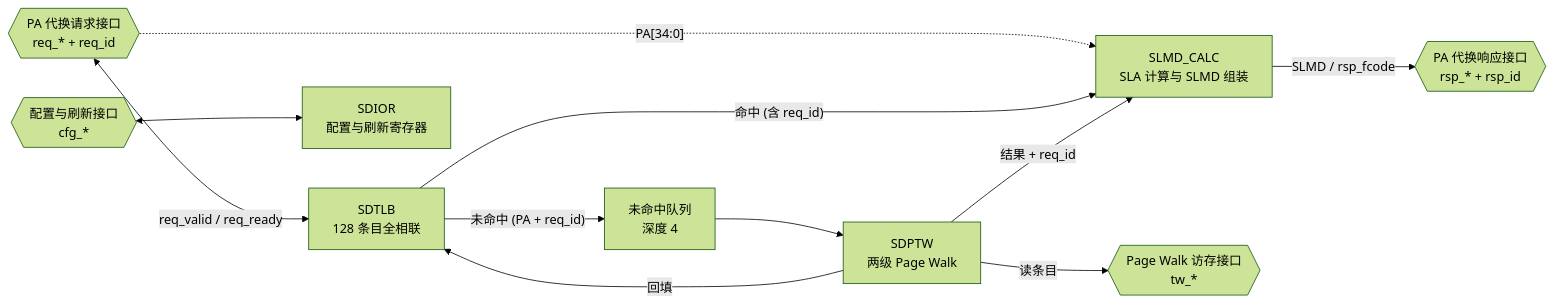
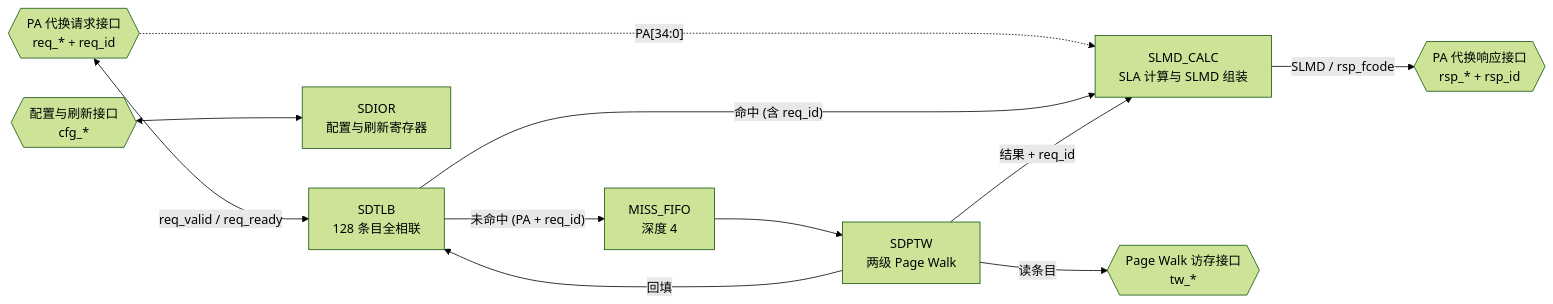
Before and after one commit to DuBirdFly/C1_SDecoder: the second of 6 diagrams in doc/design_plan/SDecoder设计方案/SDecoder 设计方案.md, drawn with Mermaid (forest theme). The commit also changed other lines of this file and 8 other files, not shown here.

Commit message:
refactor(rtl,testbench,docs): sdtlb 删除 Data 的 Grn, 同步 MISS_FIFO 命名与参数说明

````diff
--- a/doc/design_plan/SDecoder设计方案/SDecoder 设计方案.md
+++ b/doc/design_plan/SDecoder设计方案/SDecoder 设计方案.md
@@ -196,13 +196,13 @@
 ```mermaid
 flowchart LR
     REQ{{"PA 代换请求接口<br/>req_* + req_id"}} <-->|"req_valid / req_ready"| SDTLB["SDTLB<br/>128 条目全相联"]
     REQ -.->|"PA[34:0]"| CALC["SLMD_CALC<br/>SLA 计算与 SLMD 组装"]
     SDTLB -->|"命中 (含 req_id)"| CALC
-    SDTLB -->|"未命中 (PA + req_id)"| MFIFO["未命中队列<br/>深度 4"]
-    MFIFO --> SDPTW["SDPTW<br/>两级 Page Walk"]
+    SDTLB -->|"未命中 (PA + req_id)"| MISS_FIFO["MISS_FIFO<br/>深度 4"]
+    MISS_FIFO --> SDPTW["SDPTW<br/>两级 Page Walk"]
     SDPTW -->|"读条目"| TW{{"Page Walk 访存接口<br/>tw_*"}}
     SDPTW -->|"回填"| SDTLB
     SDPTW -->|"结果 + req_id"| CALC
     CALC -->|"SLMD / rsp_fcode"| RSP{{"PA 代换响应接口<br/>rsp_* + rsp_id"}}
     CFG{{"配置与刷新接口<br/>cfg_*"}} <--> SDIOR["SDIOR<br/>配置与刷新寄存器"]
 ```
````
